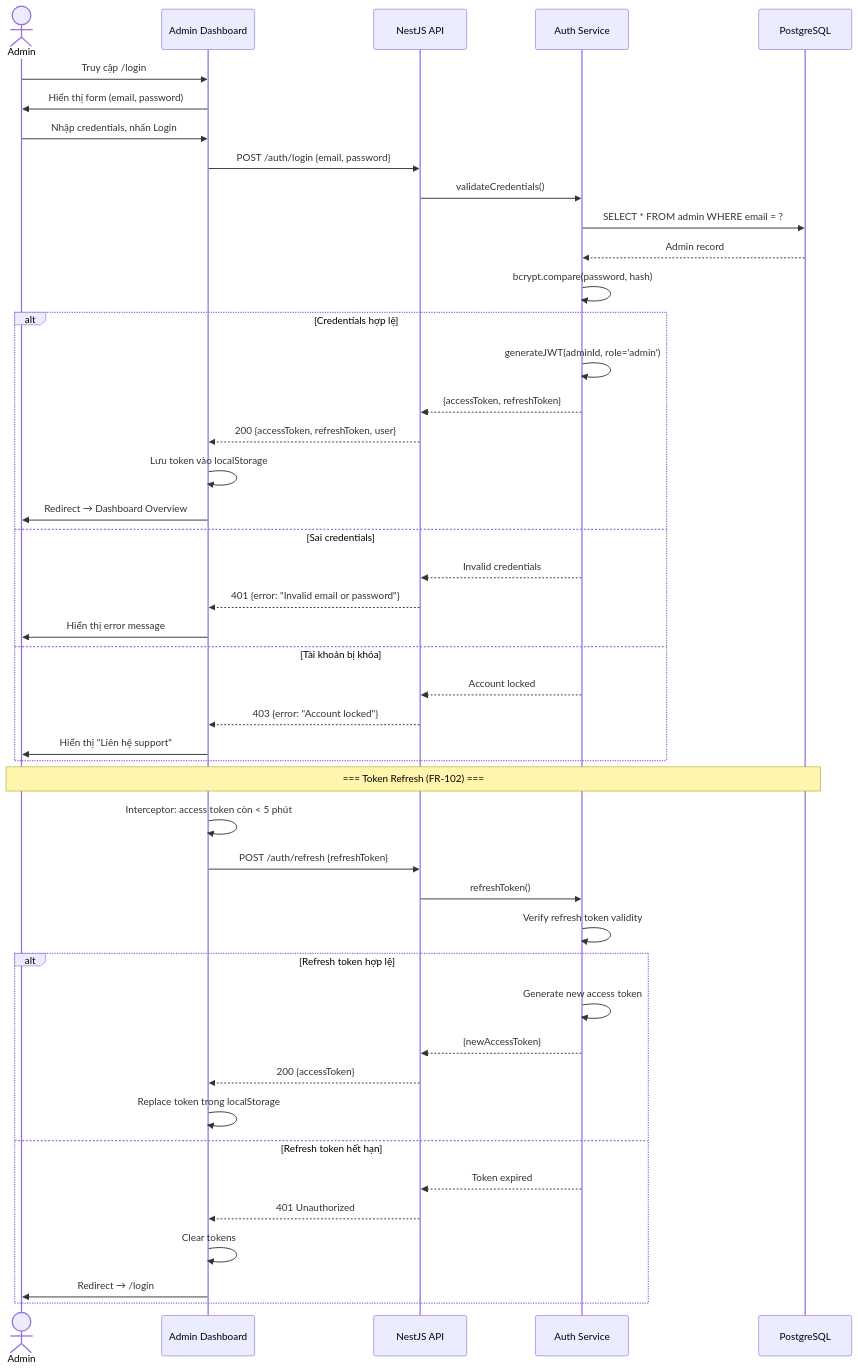
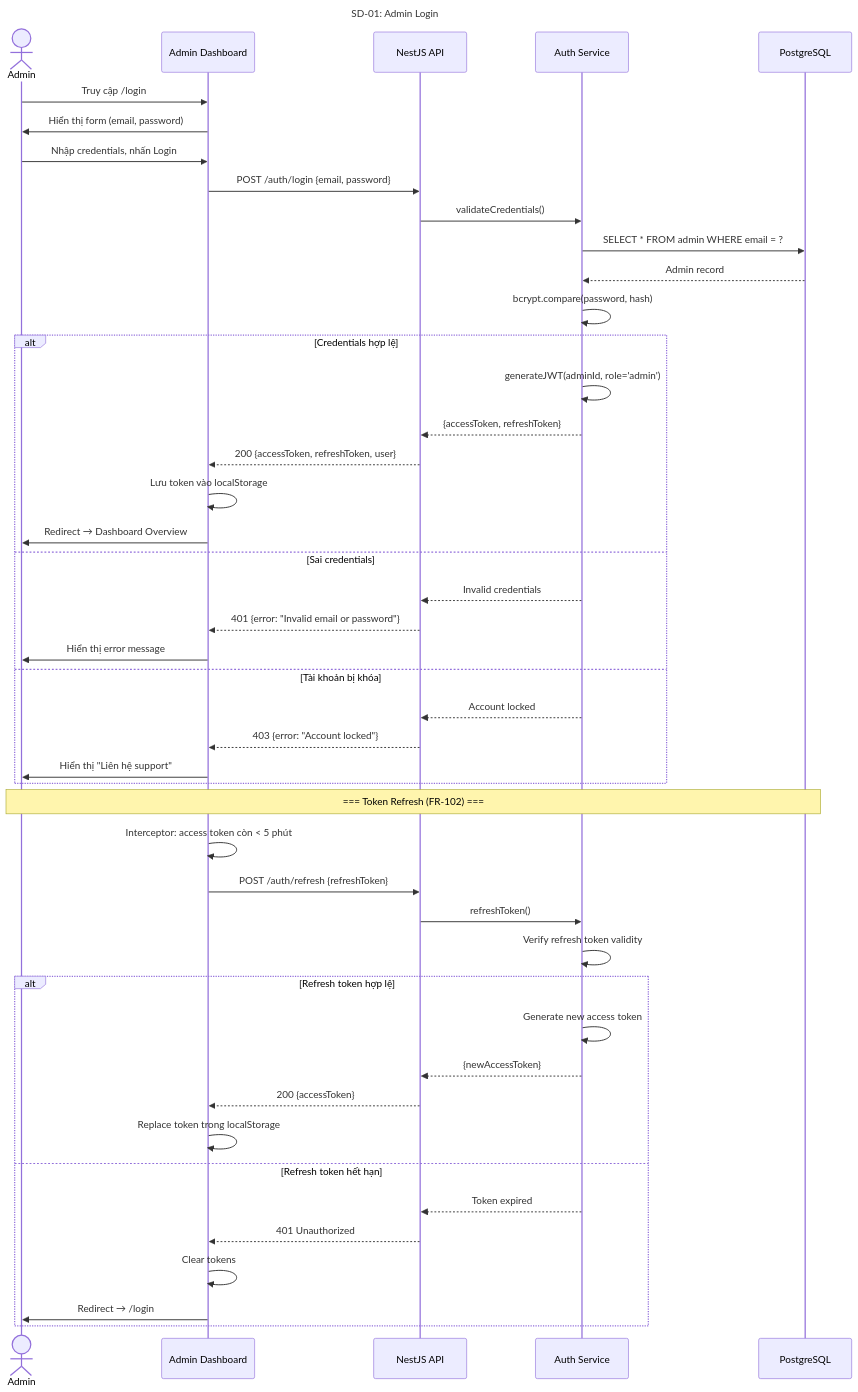
One commit to Ttuandatt/Seminar changed the first of 17 diagrams in docs/step3_prd/15_sequence_diagrams.md. Above: the diagram before and after it, drawn with Mermaid. The commit also changed other lines of this file, not shown here.

Commit message:
docs(sequence): add title labels to all 17 mermaid sequence diagrams for draw.io identification

````diff
--- a/docs/step3_prd/15_sequence_diagrams.md
+++ b/docs/step3_prd/15_sequence_diagrams.md
@@ -36,50 +36,51 @@
 ```mermaid
 sequenceDiagram
+    title SD-01: Admin Login
     actor Admin
     participant UI as Admin Dashboard
     participant API as NestJS API
     participant Auth as Auth Service
     participant DB as PostgreSQL
 
     Admin->>UI: Truy cập /login
     UI->>Admin: Hiển thị form (email, password)
     Admin->>UI: Nhập credentials, nhấn Login
     UI->>API: POST /auth/login {email, password}
     API->>Auth: validateCredentials()
     Auth->>DB: SELECT * FROM admin WHERE email = ?
     DB-->>Auth: Admin record
     Auth->>Auth: bcrypt.compare(password, hash)
     
     alt Credentials hợp lệ
         Auth->>Auth: generateJWT(adminId, role='admin')
         Auth-->>API: {accessToken, refreshToken}
         API-->>UI: 200 {accessToken, refreshToken, user}
         UI->>UI: Lưu token vào localStorage
         UI->>Admin: Redirect → Dashboard Overview
     else Sai credentials
         Auth-->>API: Invalid credentials
         API-->>UI: 401 {error: "Invalid email or password"}
         UI->>Admin: Hiển thị error message
     else Tài khoản bị khóa
         Auth-->>API: Account locked
         API-->>UI: 403 {error: "Account locked"}
         UI->>Admin: Hiển thị "Liên hệ support"
     end
 
     Note over Admin, DB: === Token Refresh (FR-102) ===
     UI->>UI: Interceptor: access token còn < 5 phút
     UI->>API: POST /auth/refresh {refreshToken}
     API->>Auth: refreshToken()
     Auth->>Auth: Verify refresh token validity
     alt Refresh token hợp lệ
         Auth->>Auth: Generate new access token
         Auth-->>API: {newAccessToken}
         API-->>UI: 200 {accessToken}
         UI->>UI: Replace token trong localStorage
     else Refresh token hết hạn
         Auth-->>API: Token expired
         API-->>UI: 401 Unauthorized
         UI->>UI: Clear tokens
         UI->>Admin: Redirect → /login
     end
 ```
````
